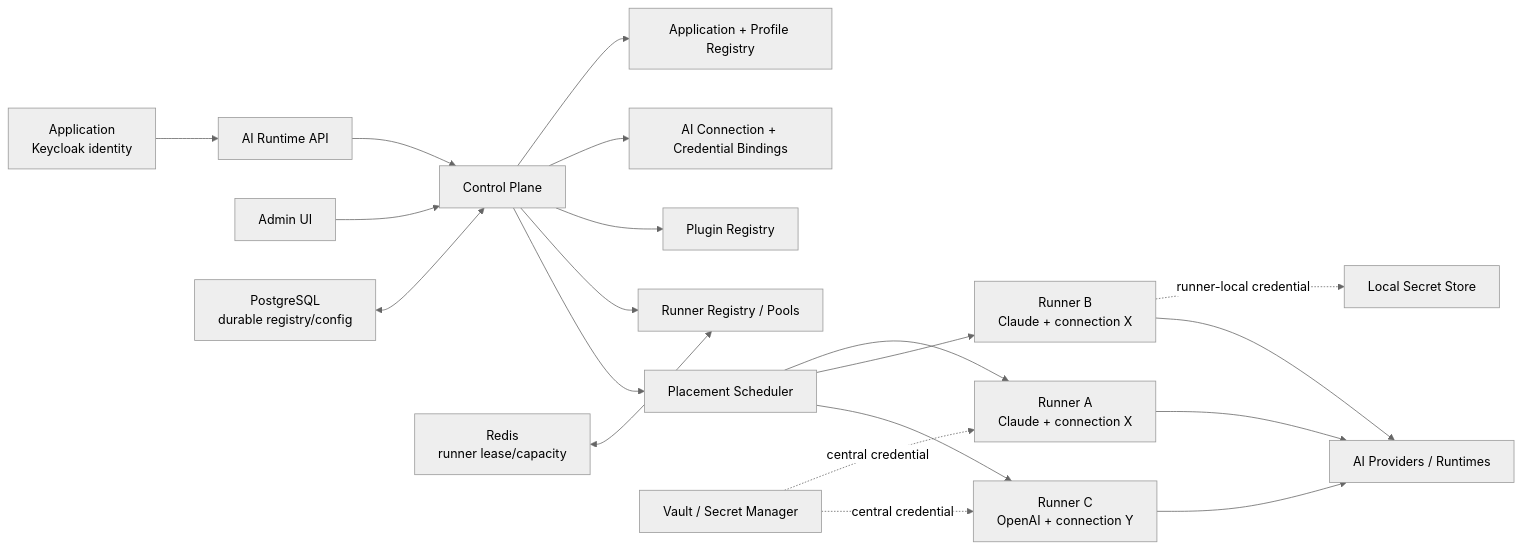
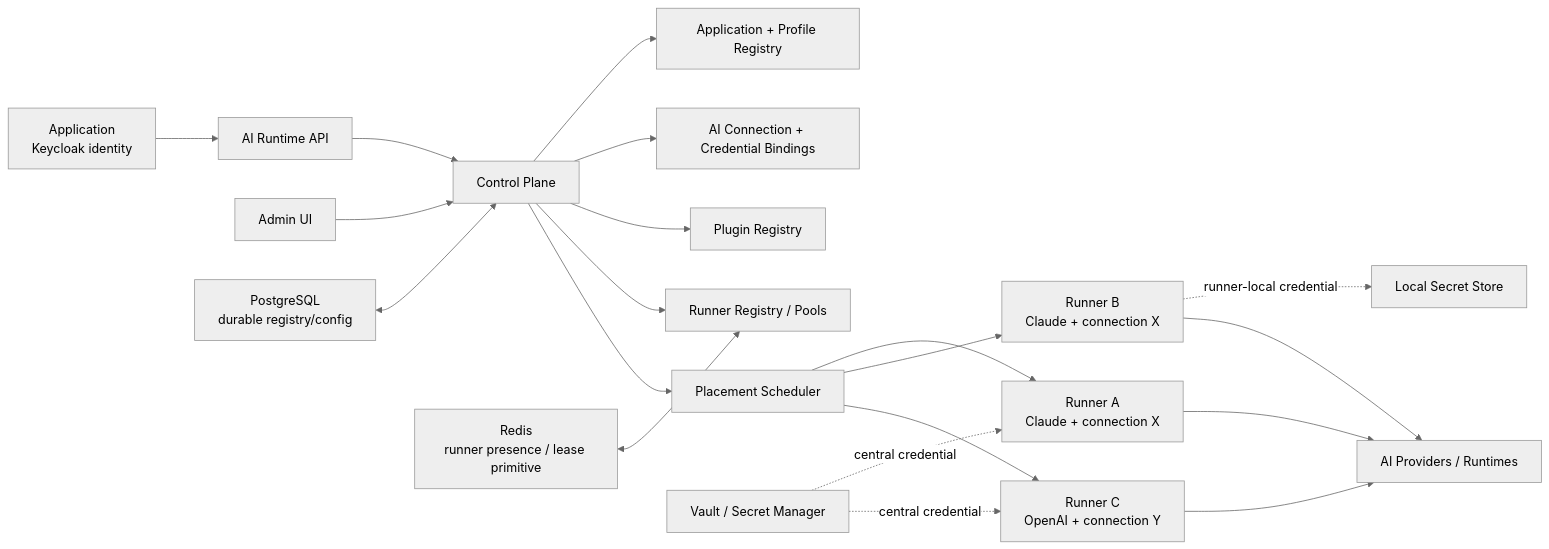
Before and after one commit to anshacerbia2/ai-runtime-platform: the diagram in docs/diagrams/09-control-plane-fleet.md, drawn with Mermaid (neutral theme). The commit also changed other lines of this file and 37 other files, not shown here.

````diff
--- a/docs/diagrams/09-control-plane-fleet.md
+++ b/docs/diagrams/09-control-plane-fleet.md
@@ -5,22 +5,22 @@
 ```mermaid
 flowchart LR
     App["Application<br/>Keycloak identity"] --> API["AI Runtime API"]
     Admin["Admin UI"] --> CP["Control Plane"]
     API --> CP
     CP --> AR["Application + Profile Registry"]
     CP --> CR["AI Connection + Credential Bindings"]
     CP --> PR["Plugin Registry"]
     CP --> RR["Runner Registry / Pools"]
     CP --> SCH["Placement Scheduler"]
     SCH --> A["Runner A<br/>Claude + connection X"]
     SCH --> B["Runner B<br/>Claude + connection X"]
     SCH --> C["Runner C<br/>OpenAI + connection Y"]
     V["Vault / Secret Manager"] -. central credential .-> A
     V -. central credential .-> C
     B -. runner-local credential .-> BX["Local Secret Store"]
     A --> Providers["AI Providers / Runtimes"]
     B --> Providers
     C --> Providers
-    Redis["Redis<br/>runner lease/capacity"] <--> RR
+    Redis["Redis<br/>runner presence / lease primitive"] <--> RR
     PG["PostgreSQL<br/>durable registry/config"] <--> CP
 ```
````
